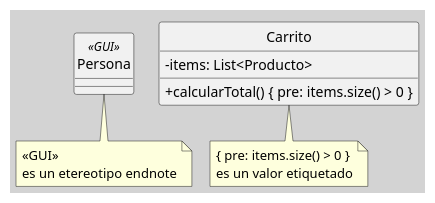
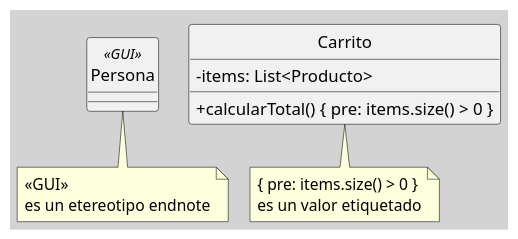
The third of 3 diagrams in src/site/notes/050 Base de Conocimientos/200  Mi Zettelkasten/100 Docencia/IS1/2025/Clase 08 Modelo Conceptual del UML - Elementos, Relaciones, Reglas y Mecanismos Comunes/Zk Modelo Conceptual del UML (Mecanismos Comunes).md (egrpy/egr-zettel-lectures), drawn with PlantUML before and after one commit. The commit also changed other lines of this file and 11 other files, not shown here.

````diff
--- a/src/site/notes/050 Base de Conocimientos/200  Mi Zettelkasten/100 Docencia/IS1/2025/Clase 08 Modelo Conceptual del UML - Elementos, Relaciones, Reglas y Mecanismos Comunes/Zk Modelo Conceptual del UML (Mecanismos Comunes).md
+++ b/src/site/notes/050 Base de Conocimientos/200  Mi Zettelkasten/100 Docencia/IS1/2025/Clase 08 Modelo Conceptual del UML - Elementos, Relaciones, Reglas y Mecanismos Comunes/Zk Modelo Conceptual del UML (Mecanismos Comunes).md
@@ -85,23 +87,24 @@
 ```plantuml
 @startuml
 !pragma layout smetana
 skinparam style strictuml
 skinparam classAttributeIconSize 0
 skinparam BackgroundColor LightGray
 'left to right direction
 top to bottom direction
 skinparam linetype ortho
 
+scale 1.2
 class Persona <<GUI>> {
  
 }
 note bottom of Persona :<<GUI>>\nes un etereotipo endnote
 
 class Carrito {
 	- items: List<Producto> 
 	+ calcularTotal() { pre: items.size() > 0 } 
 }
 note bottom of Carrito :{ pre: items.size() > 0 }\nes un valor etiquetado
 
 @enduml
 ```
````
